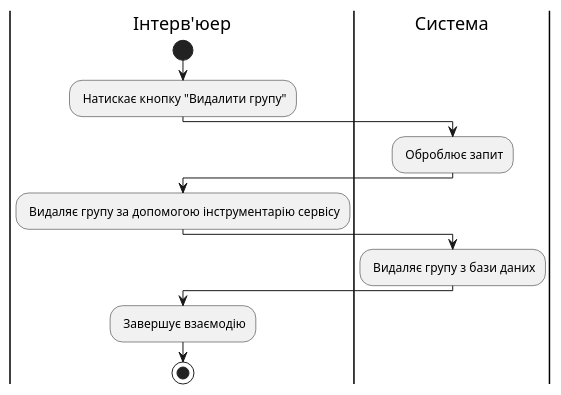
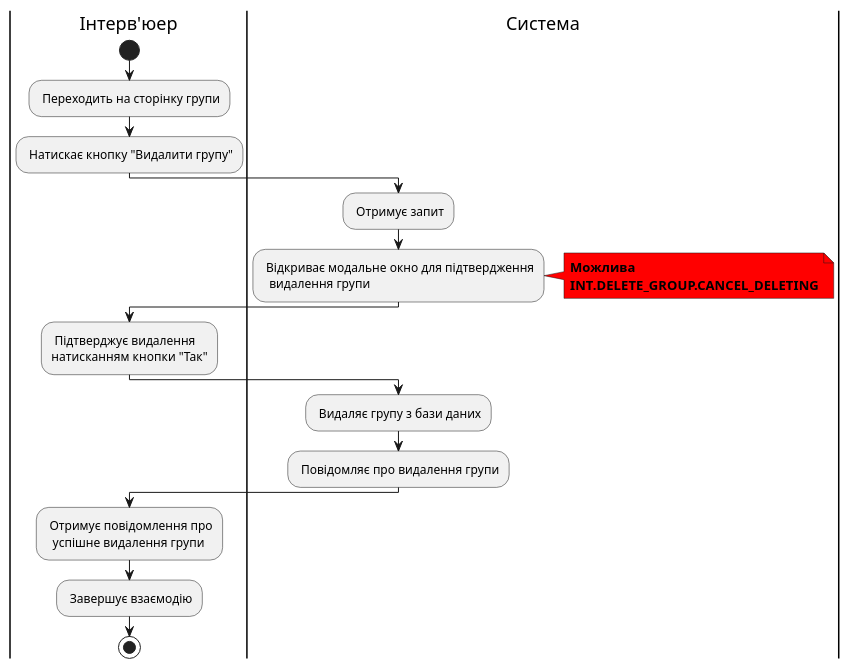
Before and after one commit to michigang1/ImForms: diagram 16 of 22 in docs/use cases/README.md, drawn with PlantUML. The commit also changed other lines of this file, not shown here.

Commit message:
Added some changes in diagrams of scenarios

```diff
--- a/docs/use cases/README.md
+++ b/docs/use cases/README.md
@@ -592,19 +736,31 @@
 @startuml
 
 |Інтерв'юер|
 start
+: Переходить на сторінку групи;
 : Натискає кнопку "Видалити групу";
 
 |Система|
-: Оброблює запит;
+: Отримує запит;
+: Відкриває модальне окно для підтвердження
+  видалення групи;
+note right #ff0000
+<b>Можлива</b>
+<b>INT.DELETE_GROUP.CANCEL_DELETING</b>
+end note
+
 
 |Інтерв'юер|
-: Видаляє групу за допомогою інструментарію сервісу;
+: Підтверджує видалення
+натисканням кнопки "Так";
 
 |Система|
 : Видаляє групу з бази даних;
+: Повідомляє про видалення групи;
 
 |Інтерв'юер|
+: Отримує повідомлення про
+  успішне видалення групи;
 : Завершує взаємодію;
 stop;
 @enduml
```
